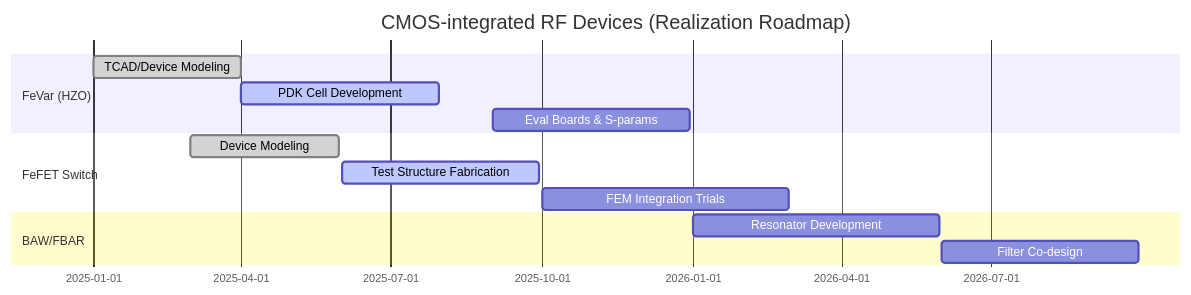
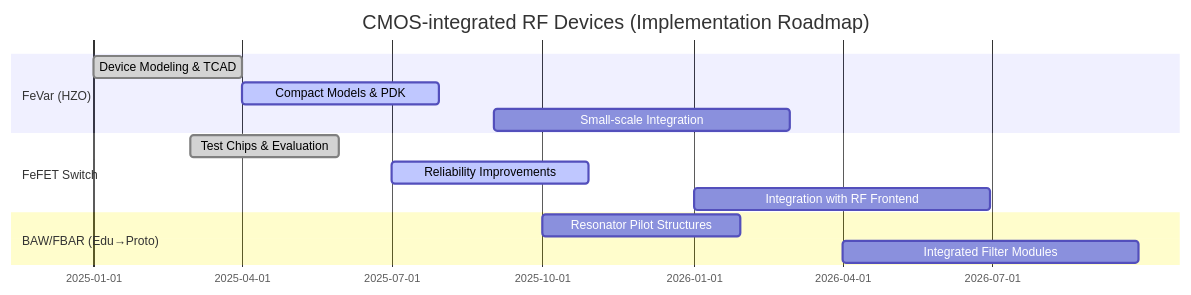
One commit to Samizo-AITL/Edusemi-Plus changed the second of 2 diagrams in applied-devices/rf-devices/proposal.md. Above: the diagram before and after it, drawn with Mermaid. The commit also changed other lines of this file, not shown here.

````diff
--- a/applied-devices/rf-devices/proposal.md
+++ b/applied-devices/rf-devices/proposal.md
@@ -130,16 +145,16 @@
 ```mermaid
 gantt
-    title CMOS-integrated RF Devices (Realization Roadmap)
+    title CMOS-integrated RF Devices (Implementation Roadmap)
     dateFormat  YYYY-MM-DD
     section FeVar (HZO)
-    TCAD/Device Modeling       :done,    des1, 2025-01-01, 90d
-    PDK Cell Development       :active,  des2, 2025-04-01, 120d
-    Eval Boards & S-params     :         des3, 2025-09-01, 120d
+    Device Modeling & TCAD     :done,    des1, 2025-01-01, 90d
+    Compact Models & PDK       :active,  des2, 2025-04-01, 120d
+    Small-scale Integration    :         des3, 2025-09-01, 180d
     section FeFET Switch
-    Device Modeling            :done,    sw1,  2025-03-01, 90d
-    Test Structure Fabrication :active,  sw2,  2025-06-01, 120d
-    FEM Integration Trials     :         sw3,  2025-10-01, 150d
-    section BAW/FBAR
-    Resonator Development      :         baw1, 2026-01-01, 150d
-    Filter Co-design           :         baw2, 2026-06-01, 120d
+    Test Chips & Evaluation    :done,    sw1,  2025-03-01, 90d
+    Reliability Improvements   :active,  sw2,  2025-07-01, 120d
+    Integration with RF Frontend:        sw3,  2026-01-01, 180d
+    section BAW/FBAR (Edu→Proto)
+    Resonator Pilot Structures :         baw1, 2025-10-01, 120d
+    Integrated Filter Modules  :         baw2, 2026-04-01, 180d
 ```
````
